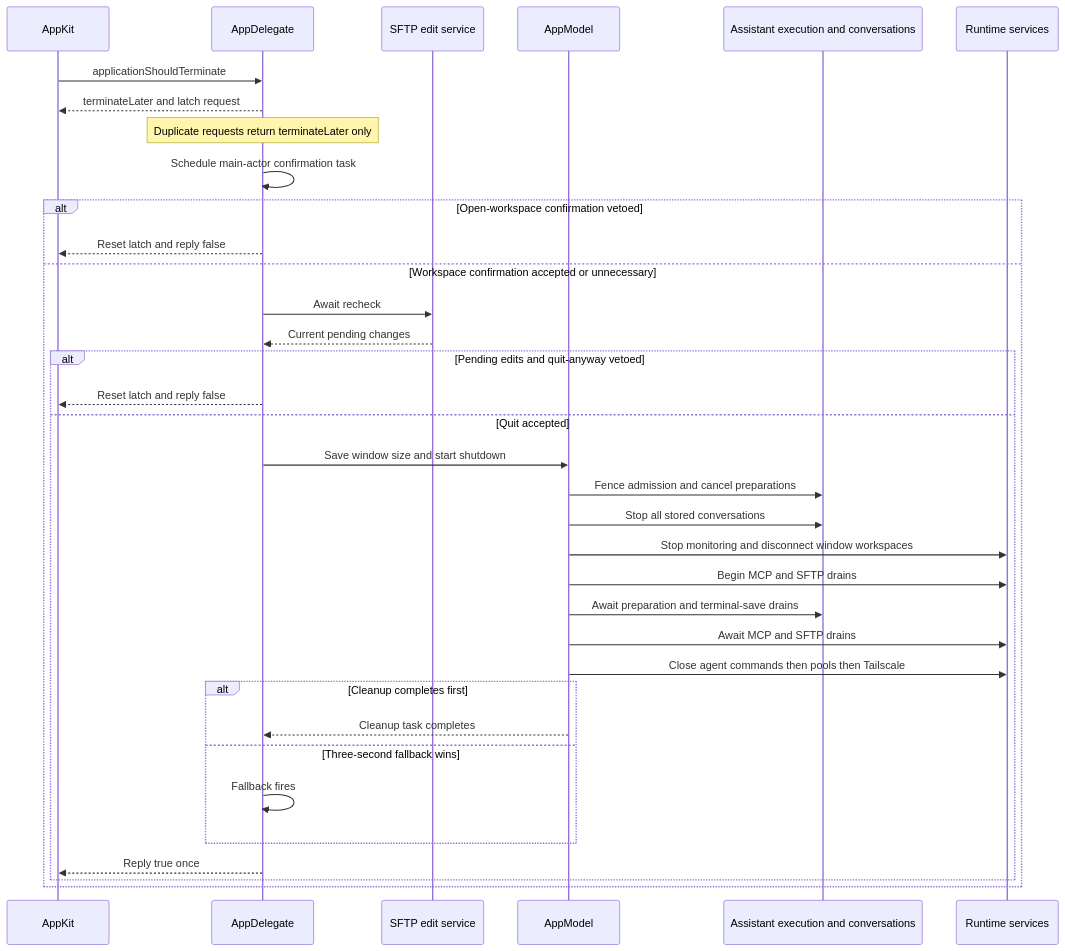
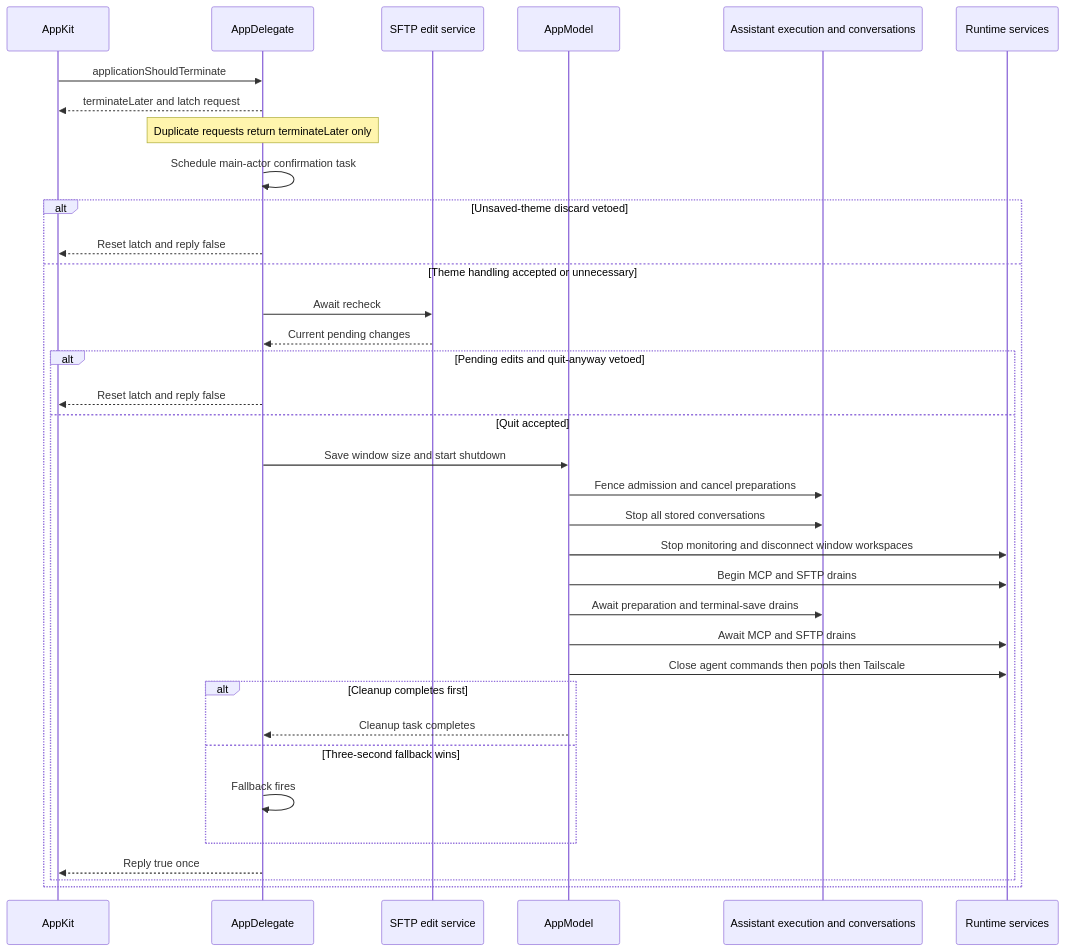
One commit to AkinoKaede/Termind changed the third of 7 diagrams in openwiki/architecture/platform-runtime.md. Above: the diagram before and after it, drawn with Mermaid. The commit also changed other lines of this file and 63 other files, not shown here.

````diff
--- a/openwiki/architecture/platform-runtime.md
+++ b/openwiki/architecture/platform-runtime.md
@@ -275,37 +275,37 @@
 ```mermaid
 sequenceDiagram
     participant Native as AppKit
     participant Delegate as AppDelegate
     participant Edits as SFTP edit service
     participant Model as AppModel
     participant Assistant as Assistant execution and conversations
     participant Services as Runtime services
     Native->>Delegate: applicationShouldTerminate
     Delegate-->>Native: terminateLater and latch request
     Note over Delegate: Duplicate requests return terminateLater only
     Delegate->>Delegate: Schedule main-actor confirmation task
-    alt Open-workspace confirmation vetoed
+    alt Unsaved-theme discard vetoed
         Delegate-->>Native: Reset latch and reply false
-    else Workspace confirmation accepted or unnecessary
+    else Theme handling accepted or unnecessary
         Delegate->>Edits: Await recheck
         Edits-->>Delegate: Current pending changes
         alt Pending edits and quit-anyway vetoed
             Delegate-->>Native: Reset latch and reply false
         else Quit accepted
             Delegate->>Model: Save window size and start shutdown
             Model->>Assistant: Fence admission and cancel preparations
             Model->>Assistant: Stop all stored conversations
             Model->>Services: Stop monitoring and disconnect window workspaces
             Model->>Services: Begin MCP and SFTP drains
             Model->>Assistant: Await preparation and terminal-save drains
             Model->>Services: Await MCP and SFTP drains
             Model->>Services: Close agent commands then pools then Tailscale
             alt Cleanup completes first
                 Model-->>Delegate: Cleanup task completes
             else Three-second fallback wins
                 Delegate->>Delegate: Fallback fires
             end
             Delegate-->>Native: Reply true once
         end
     end
 ```
````
